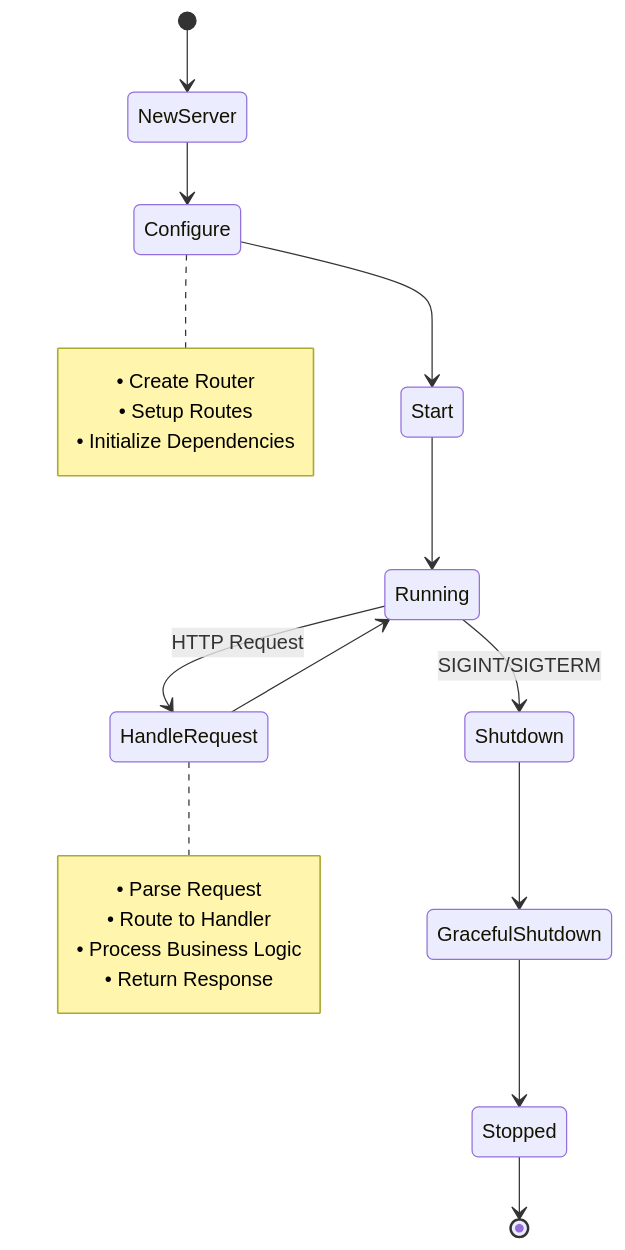
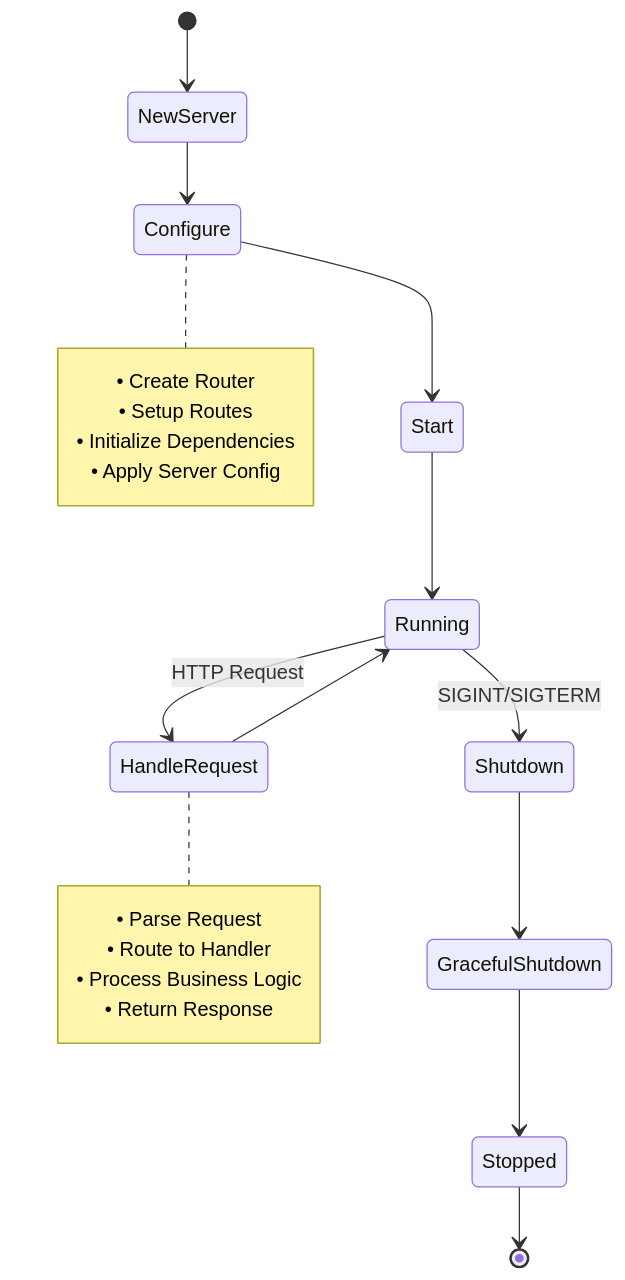
The second of 2 diagrams in internal/httpserver/README.md (IgorKilipenko/metrical), drawn with Mermaid before and after one commit. The commit also changed other lines of this file and 2 other files, not shown here.

First line of the commit message:
feat: enhance HTTP server with structured logging and flexible configuration

````diff
--- a/internal/httpserver/README.md
+++ b/internal/httpserver/README.md
@@ -72,28 +79,29 @@
 ```mermaid
 stateDiagram-v2
     [*] --> NewServer
     NewServer --> Configure
     Configure --> Start
     Start --> Running
     
     Running --> HandleRequest : HTTP Request
     HandleRequest --> Running
     
     Running --> Shutdown : SIGINT/SIGTERM
     Shutdown --> GracefulShutdown
     GracefulShutdown --> Stopped
     Stopped --> [*]
     
     note right of Configure
         • Create Router
         • Setup Routes
         • Initialize Dependencies
+        • Apply Server Config
     end note
     
     note right of HandleRequest
         • Parse Request
         • Route to Handler
         • Process Business Logic
         • Return Response
     end note
 ```
````
